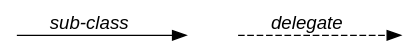
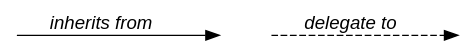
Before and after one commit to ecmwf/climetlab: the diagram in docs/reference/legend.dot, drawn with Graphviz.

```diff
--- a/docs/reference/legend.dot
+++ b/docs/reference/legend.dot
@@ -1,13 +1,13 @@
 digraph legend {
     rankdir=LR;
     graph [fontname = "helvetica"];
     node [fontname = "helvetica"];
     edge [fontname = "helvetica";];
 
     node [shape=point; height=0]
 
-    A  -> B [label=<<I>   sub-class   </I>>;];
+    A  -> B [label=<<I>   inherits from   </I>>;];
 
     B -> C [style=invis];
-    C -> D [label=<<I>   delegate   </I>>; style=dashed;];
+    C -> D [label=<<I>   delegate to   </I>>; style=dashed;];
 }
```
